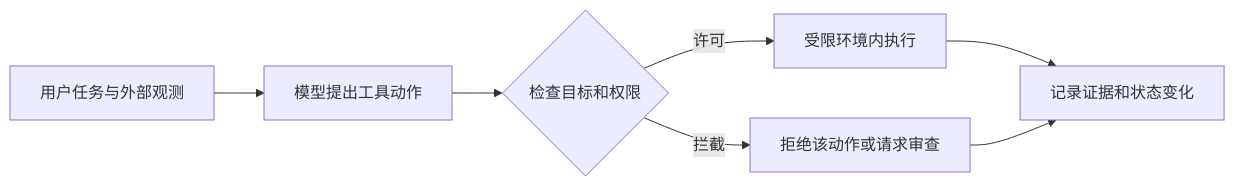
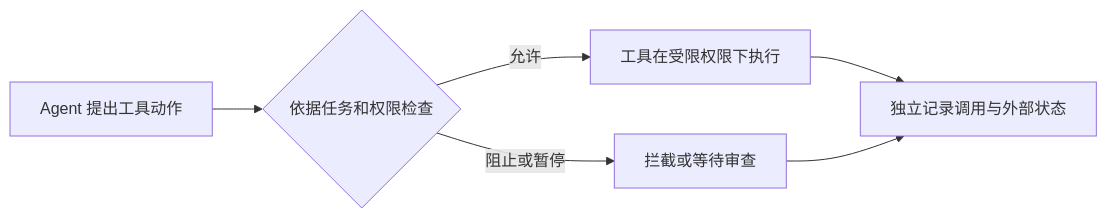
One commit to RoyceChase/cmu-ai-agents-study changed the second of 2 diagrams in lessons/7a-agent-safety/notes.md. Above: the diagram before and after it, drawn with Mermaid. The commit also changed other lines of this file and 14 other files, not shown here.

````diff
--- a/lessons/7a-agent-safety/notes.md
+++ b/lessons/7a-agent-safety/notes.md
@@ -181,9 +85,8 @@
-```mermaid
+~~~mermaid
 flowchart LR
-    A[用户任务与外部观测] --> B[模型提出工具动作]
-    B --> C{检查目标和权限}
-    C -->|许可| D[受限环境内执行]
-    C -->|拦截| E[拒绝该动作或请求审查]
-    D --> F[记录证据和状态变化]
-    E --> F
-```
+    A[Agent 提出工具动作] --> C{依据任务和权限检查}
+    C -->|允许| E[工具在受限权限下执行]
+    C -->|阻止或暂停| P[拦截或等待审查]
+    E --> L[独立记录调用与外部状态]
+    P --> L
+~~~
````
